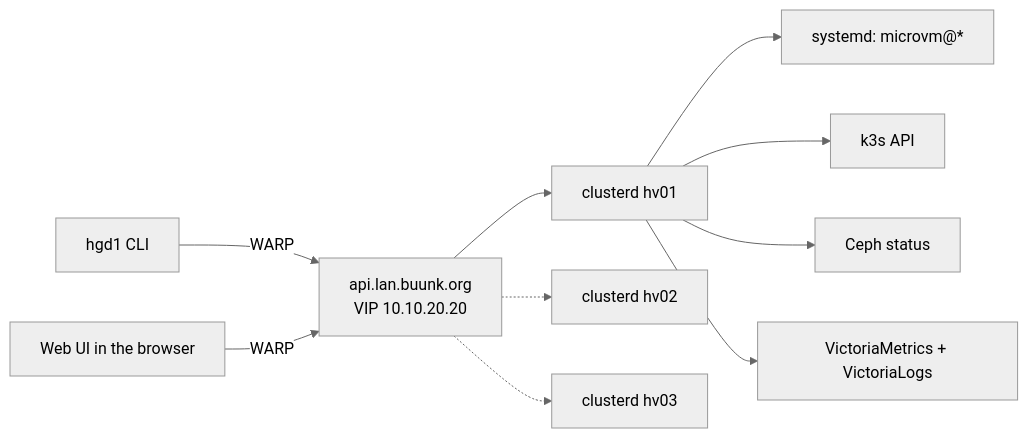
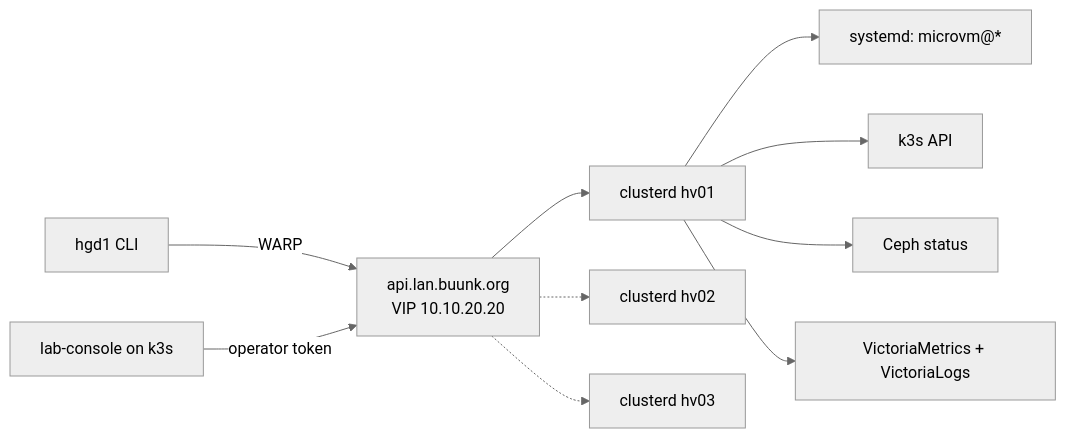
Before and after one commit to jurrebuunk/nix-cluster: the diagram in docs/concepts/api.md, drawn with Mermaid (neutral theme). The commit also changed other lines of this file and 30 other files, not shown here.

````diff
--- a/docs/concepts/api.md
+++ b/docs/concepts/api.md
@@ -22,12 +23,12 @@
 ```mermaid
 flowchart LR
   cli[hgd1 CLI] -- WARP --> vip
-  ui[Web UI in the browser] -- WARP --> vip
+  ui[lab-console on k3s] -- operator token --> vip
   vip[api.lan.buunk.org<br/>VIP 10.10.20.20] --> c1[clusterd hv01]
   vip -.-> c2[clusterd hv02]
   vip -.-> c3[clusterd hv03]
   c1 --> sd[systemd: microvm@*]
   c1 --> k8s[k3s API]
   c1 --> ceph[Ceph status]
   c1 --> mon[VictoriaMetrics + VictoriaLogs]
 ```
````
